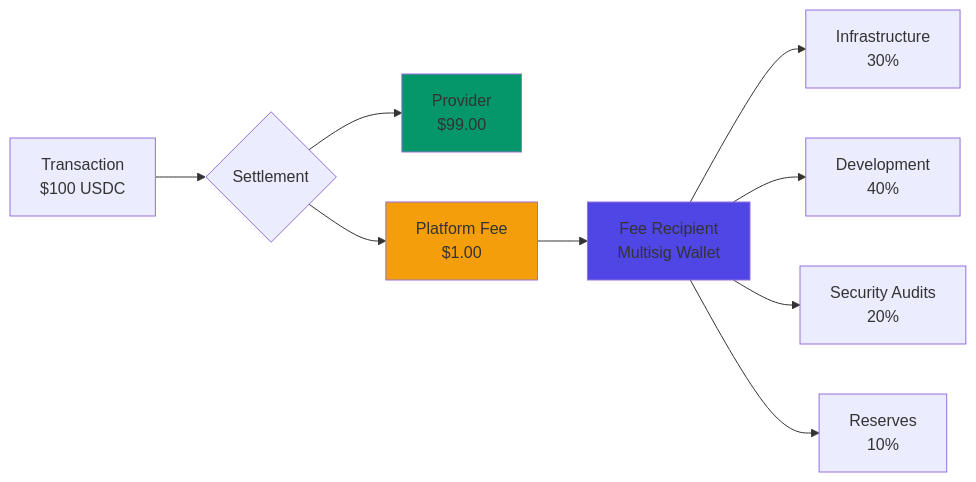
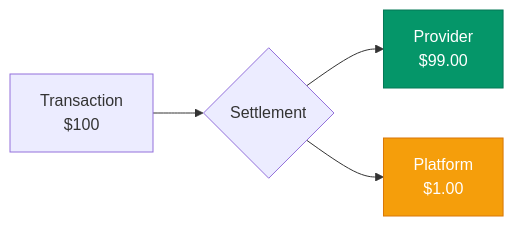
The diagram in docs/concepts/fee-model.md (agirails/docs), drawn with Mermaid before and after one commit. The commit also changed other lines of this file and 2 other files, not shown here.

First line of the commit message:
docs(concepts): upgrade escrow-mechanism, agent-identity, fee-model to new style

````diff
--- a/docs/concepts/fee-model.md
+++ b/docs/concepts/fee-model.md
@@ -142,16 +167,9 @@
 ```mermaid
 graph LR
-    A[Transaction<br/>$100 USDC] --> B{Settlement}
+    A[Transaction<br/>$100] --> B{Settlement}
     B --> C[Provider<br/>$99.00]
-    B --> D[Platform Fee<br/>$1.00]
-    D --> E[Fee Recipient<br/>Multisig Wallet]
+    B --> D[Platform<br/>$1.00]
 
-    E --> F[Infrastructure<br/>30%]
-    E --> G[Development<br/>40%]
-    E --> H[Security Audits<br/>20%]
-    E --> I[Reserves<br/>10%]
-
-    style C fill:#059669
-    style D fill:#f59e0b
-    style E fill:#4f46e5
+    style C fill:#059669,stroke:#047857,color:#fff
+    style D fill:#f59e0b,stroke:#d97706,color:#fff
 ```
````
